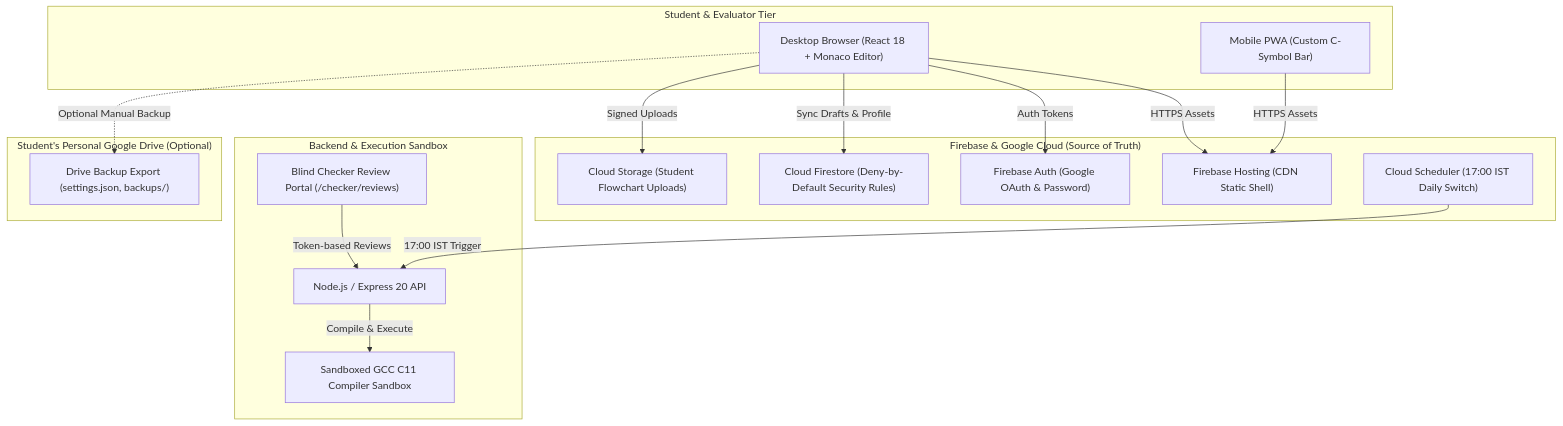
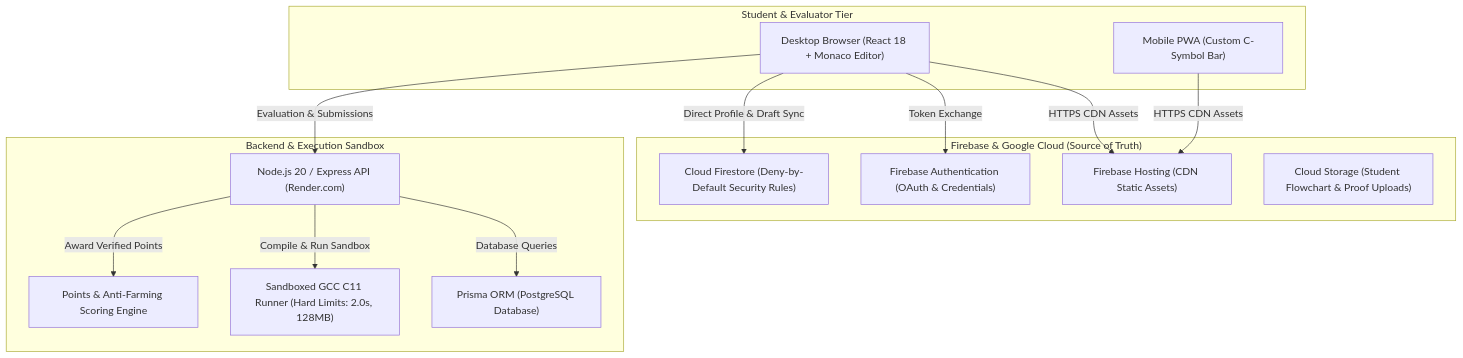
One commit to pratikpt1304/LogicQ changed the diagram in README.md. Above: the diagram before and after it, drawn with Mermaid. The commit also changed other lines of this file, not shown here.

Commit message:
docs: modernize and expand professional README with architecture, practice mastery, and live deployments

````diff
--- a/README.md
+++ b/README.md
@@ -92,35 +35,30 @@
 ```mermaid
 flowchart TD
-    subgraph Client ["Student & Evaluator Tier"]
+    subgraph ClientLayer ["Student & Evaluator Tier"]
         Browser["Desktop Browser (React 18 + Monaco Editor)"]
-        Mobile["Mobile PWA (Custom C-Symbol Bar)"]
+        MobilePWA["Mobile PWA (Custom C-Symbol Bar)"]
     end
 
-    subgraph FirebaseCloud ["Firebase & Google Cloud (Source of Truth)"]
-        Hosting["Firebase Hosting (CDN Static Shell)"]
-        Auth["Firebase Auth (Google OAuth & Password)"]
+    subgraph FirebaseLayer ["Firebase & Google Cloud (Source of Truth)"]
+        Hosting["Firebase Hosting (CDN Static Assets)"]
+        Auth["Firebase Authentication (OAuth & Credentials)"]
         Firestore["Cloud Firestore (Deny-by-Default Security Rules)"]
-        Storage["Cloud Storage (Student Flowchart Uploads)"]
-        Scheduler["Cloud Scheduler (17:00 IST Daily Switch)"]
+        Storage["Cloud Storage (Student Flowchart & Proof Uploads)"]
     end
 
-    subgraph BackendJudge ["Backend & Execution Sandbox"]
-        APIServer["Node.js / Express 20 API"]
-        C11Judge["Sandboxed GCC C11 Compiler Sandbox"]
-        CheckerPortal["Blind Checker Review Portal (/checker/reviews)"]
+    subgraph BackendLayer ["Backend & Execution Sandbox"]
+        APIServer["Node.js 20 / Express API (Render.com)"]
+        PrismaORM["Prisma ORM (PostgreSQL Database)"]
+        C11Judge["Sandboxed GCC C11 Runner (Hard Limits: 2.0s, 128MB)"]
+        ScoringEngine["Points & Anti-Farming Scoring Engine"]
     end
 
-    subgraph StudentDrive ["Student's Personal Google Drive (Optional)"]
-        DriveBackup["Drive Backup Export (settings.json, backups/)"]
-    end
-
-    Browser -->|HTTPS Assets| Hosting
-    Mobile -->|HTTPS Assets| Hosting
-    Browser -->|Auth Tokens| Auth
-    Browser -->|Sync Drafts & Profile| Firestore
-    Browser -->|Signed Uploads| Storage
-    Browser -.->|Optional Manual Backup| DriveBackup
-    APIServer -->|Compile & Execute| C11Judge
-    Scheduler -->|17:00 IST Trigger| APIServer
-    CheckerPortal -->|Token-based Reviews| APIServer
+    Browser -->|HTTPS CDN Assets| Hosting
+    MobilePWA -->|HTTPS CDN Assets| Hosting
+    Browser -->|Token Exchange| Auth
+    Browser -->|Direct Profile & Draft Sync| Firestore
+    Browser -->|Evaluation & Submissions| APIServer
+    APIServer -->|Database Queries| PrismaORM
+    APIServer -->|Compile & Run Sandbox| C11Judge
+    APIServer -->|Award Verified Points| ScoringEngine
 ```
````
